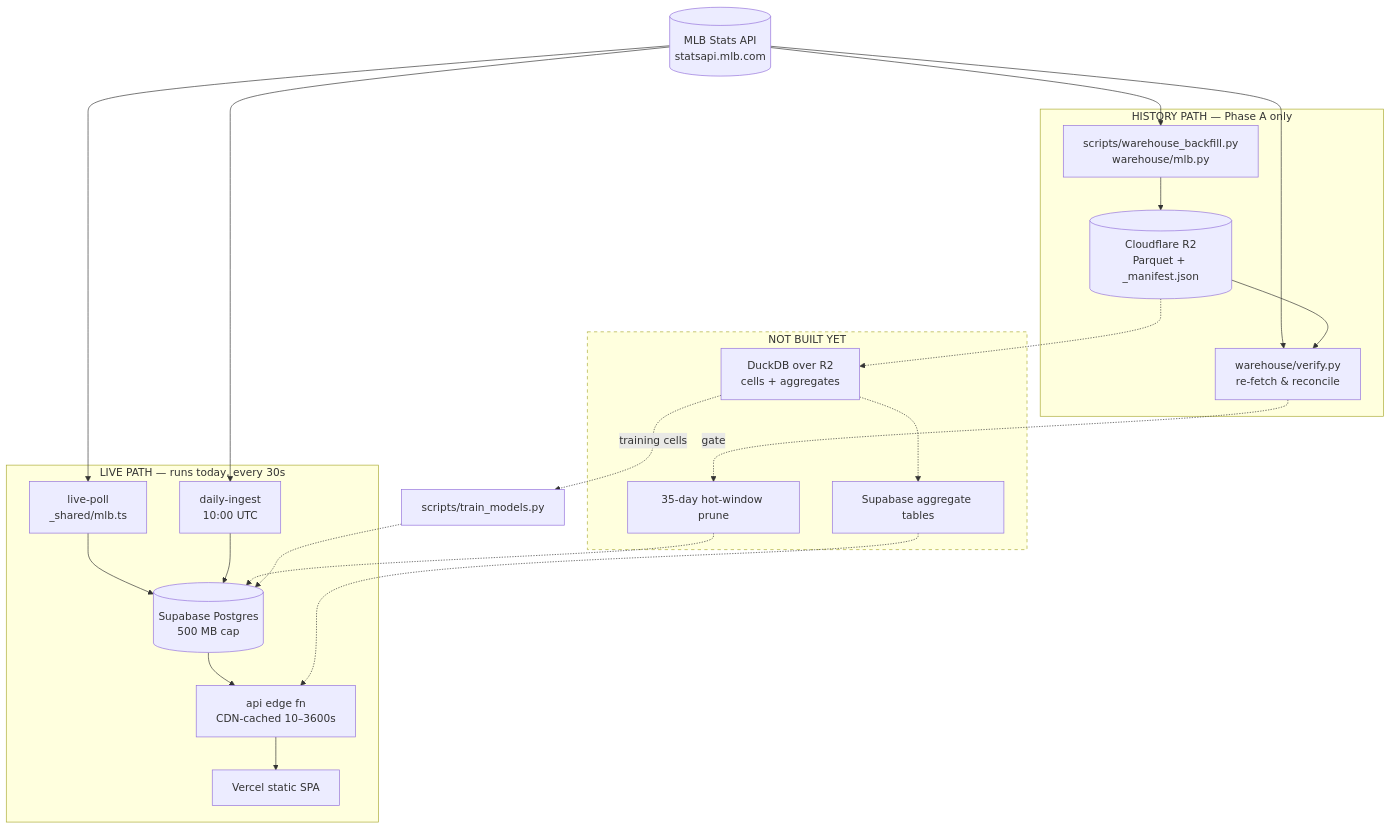
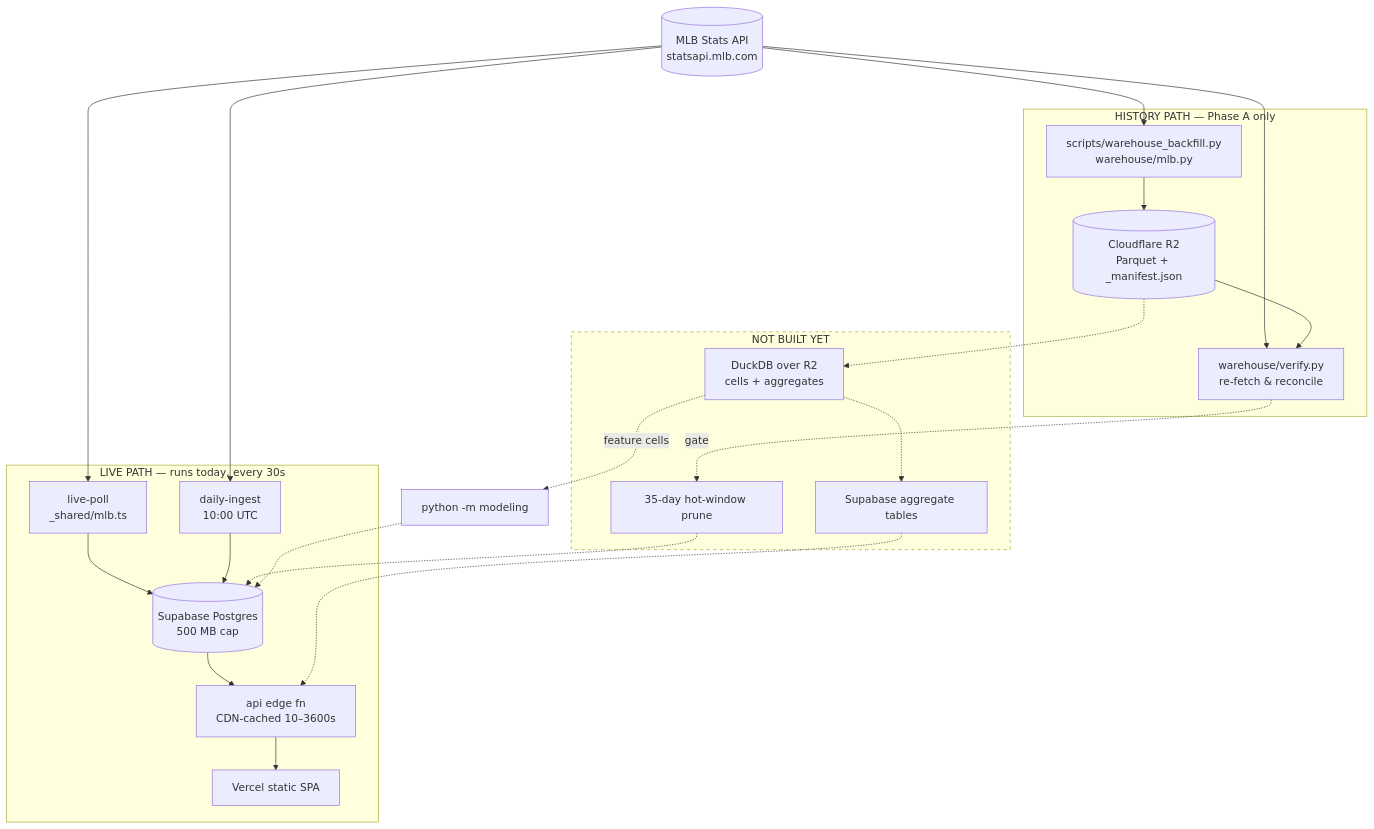
The diagram in docs/DATA-PIPELINE.md (danielmac96/pitch-hawk), drawn with Mermaid before and after one commit. The commit also changed 11 other files, not shown here.

First line of the commit message:
chore(modeling): retire scripts/train_models.py and scripts/models.py

````diff
--- a/docs/DATA-PIPELINE.md
+++ b/docs/DATA-PIPELINE.md
@@ -90,38 +90,38 @@
 ```mermaid
 flowchart TB
     MLB[("MLB Stats API<br/>statsapi.mlb.com")]
 
     subgraph LIVE["LIVE PATH — runs today, every 30s"]
         LP["live-poll<br/>_shared/mlb.ts"]
         DI["daily-ingest<br/>10:00 UTC"]
         PG[("Supabase Postgres<br/>500 MB cap")]
         API["api edge fn<br/>CDN-cached 10–3600s"]
         FE["Vercel static SPA"]
     end
 
     subgraph HIST["HISTORY PATH — Phase A only"]
         BF["scripts/warehouse_backfill.py<br/>warehouse/mlb.py"]
         R2[("Cloudflare R2<br/>Parquet + _manifest.json")]
         VER["warehouse/verify.py<br/>re-fetch &amp; reconcile"]
     end
 
     subgraph TODO["NOT BUILT YET"]
         DUCK["DuckDB over R2<br/>cells + aggregates"]
         AGG["Supabase aggregate tables"]
         PRUNE["35-day hot-window prune"]
     end
 
     MLB --> LP --> PG
     MLB --> DI --> PG
     PG --> API --> FE
     MLB --> BF --> R2
     MLB --> VER
     R2 --> VER
 
     R2 -.-> DUCK -.-> AGG -.-> API
     VER -.gate.-> PRUNE -.-> PG
-    DUCK -.->|training cells| TRAIN["scripts/train_models.py"]
+    DUCK -.->|feature cells| TRAIN["python -m modeling"]
     TRAIN -.-> PG
 
     style TODO stroke-dasharray: 5 5
 ```
````
